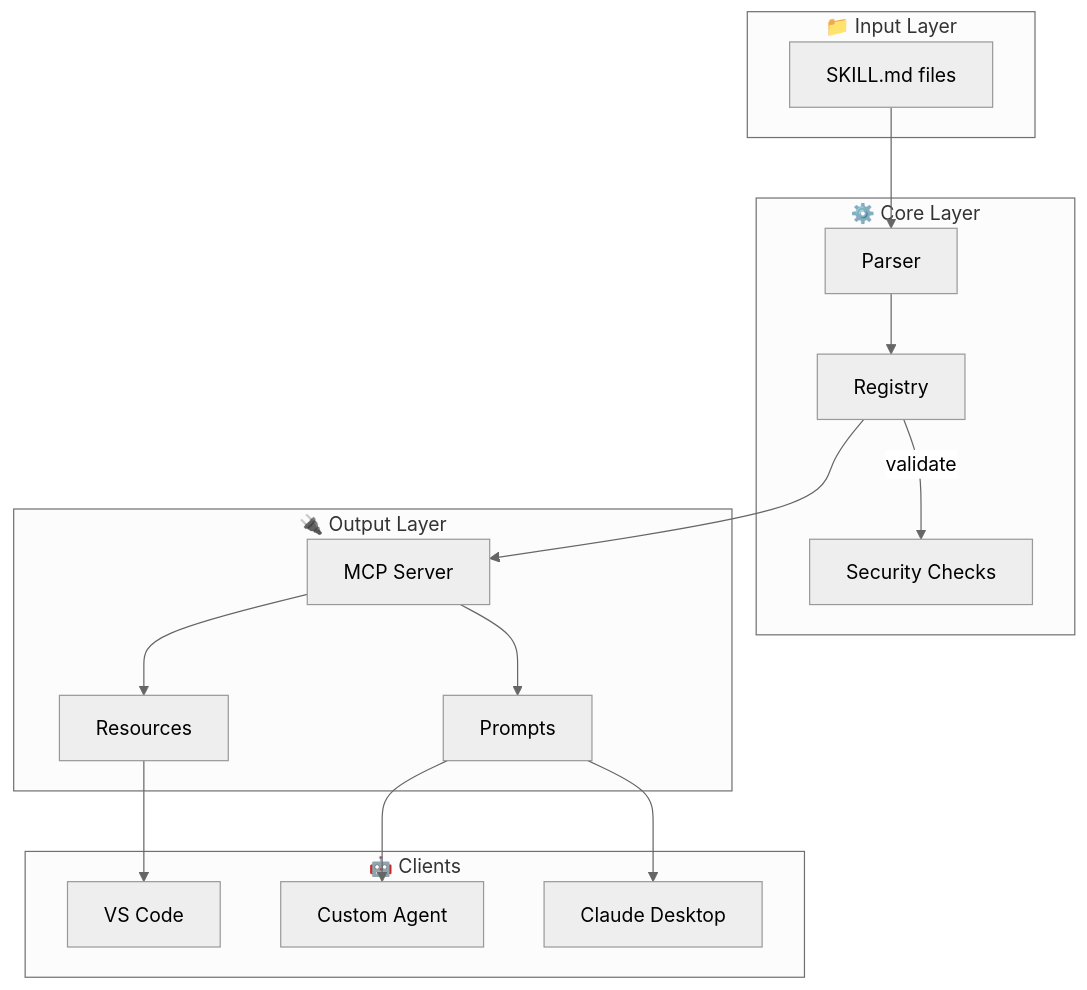
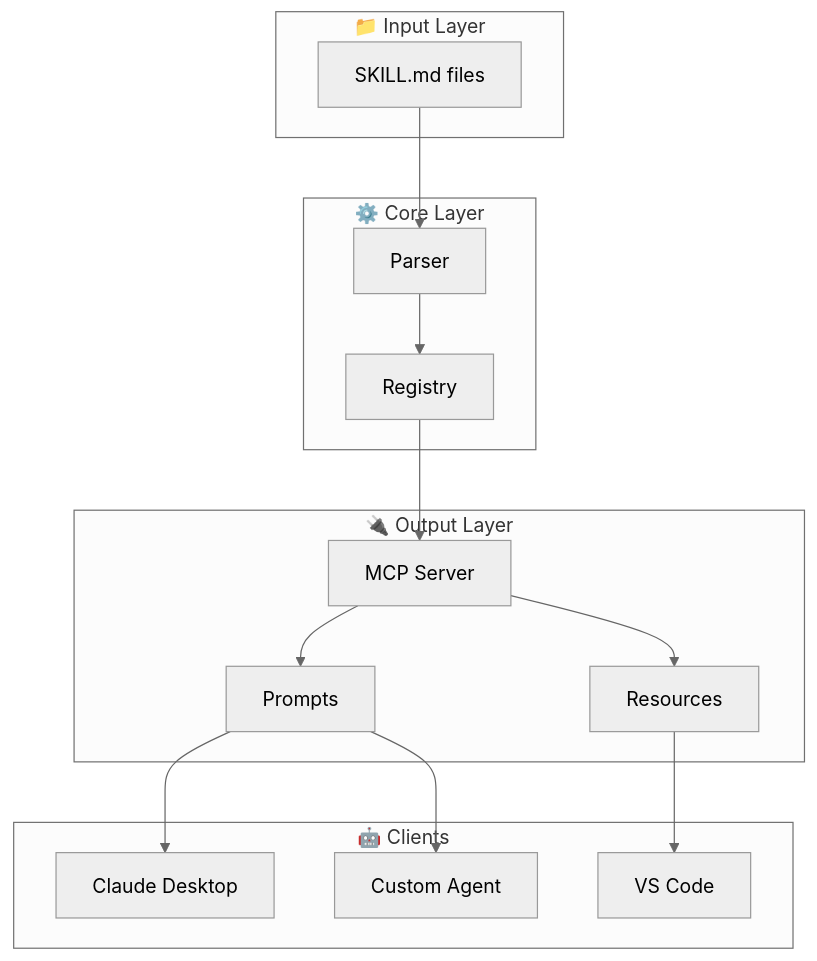
Before and after one commit to phongthien99/phongthien99.github.io: the second of 4 diagrams in content/post/fe/2026-03-29-mcp-skill-loader-markdown-to-ai-tool.md, drawn with Mermaid (neutral theme).

Commit message:
fix: Remove unnecessary line in Core Layer diagram for clarity

````diff
--- a/content/post/fe/2026-03-29-mcp-skill-loader-markdown-to-ai-tool.md
+++ b/content/post/fe/2026-03-29-mcp-skill-loader-markdown-to-ai-tool.md
@@ -102,30 +102,30 @@
 ```mermaid
 graph TD
     subgraph Input["📁 Input Layer"]
         F1[SKILL.md files]
     end
     
     subgraph Core["⚙️ Core Layer"]
         P[Parser] --> R[Registry]
-        R --> |"validate"| V[Security Checks]
+    
     end
     
     subgraph Output["🔌 Output Layer"]
         MCP[MCP Server]
         MCP --> PR[Prompts]
         MCP --> RS[Resources]
     end
     
     F1 --> P
     R --> MCP
     
     subgraph Clients["🤖 Clients"]
         C1[Claude Desktop]
         C2[VS Code]
         C3[Custom Agent]
     end
     
     PR --> C1
     RS --> C2
     PR --> C3
 ```
````
